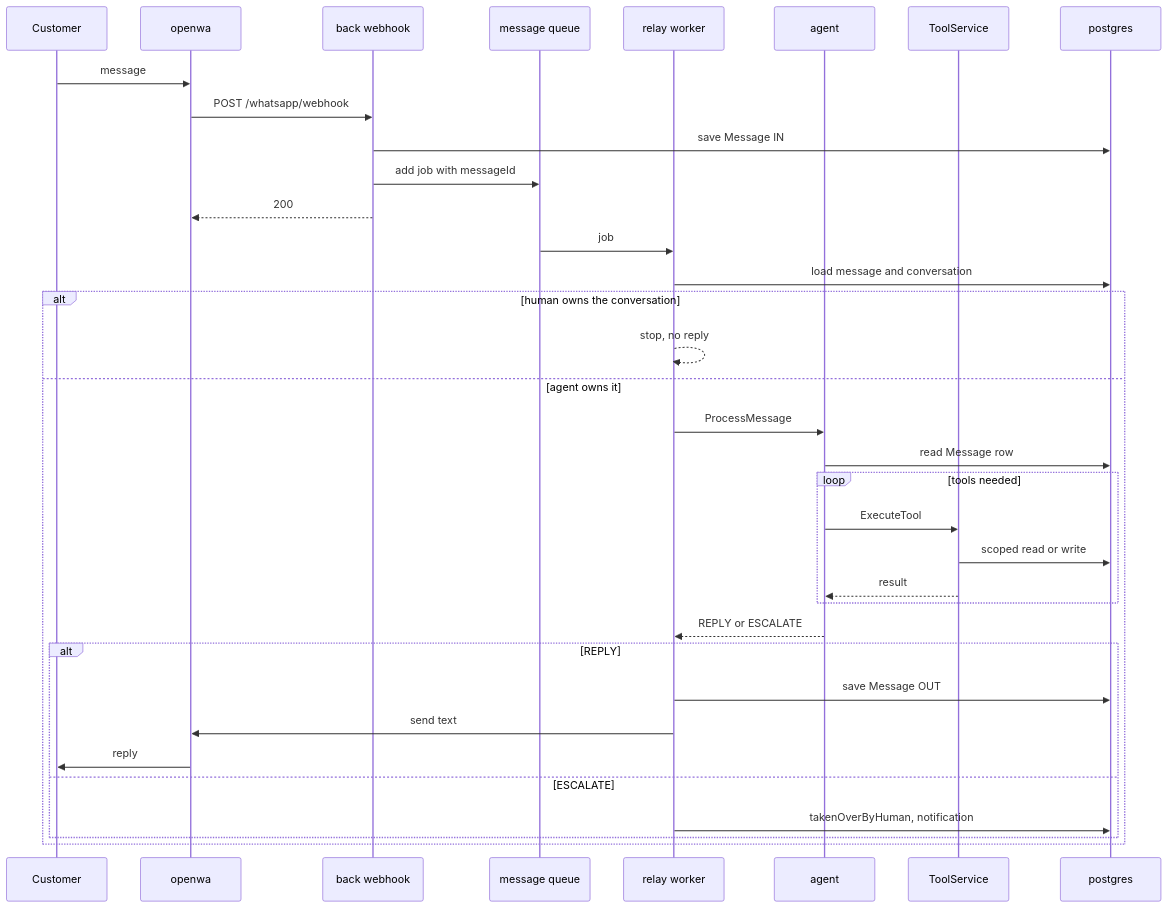
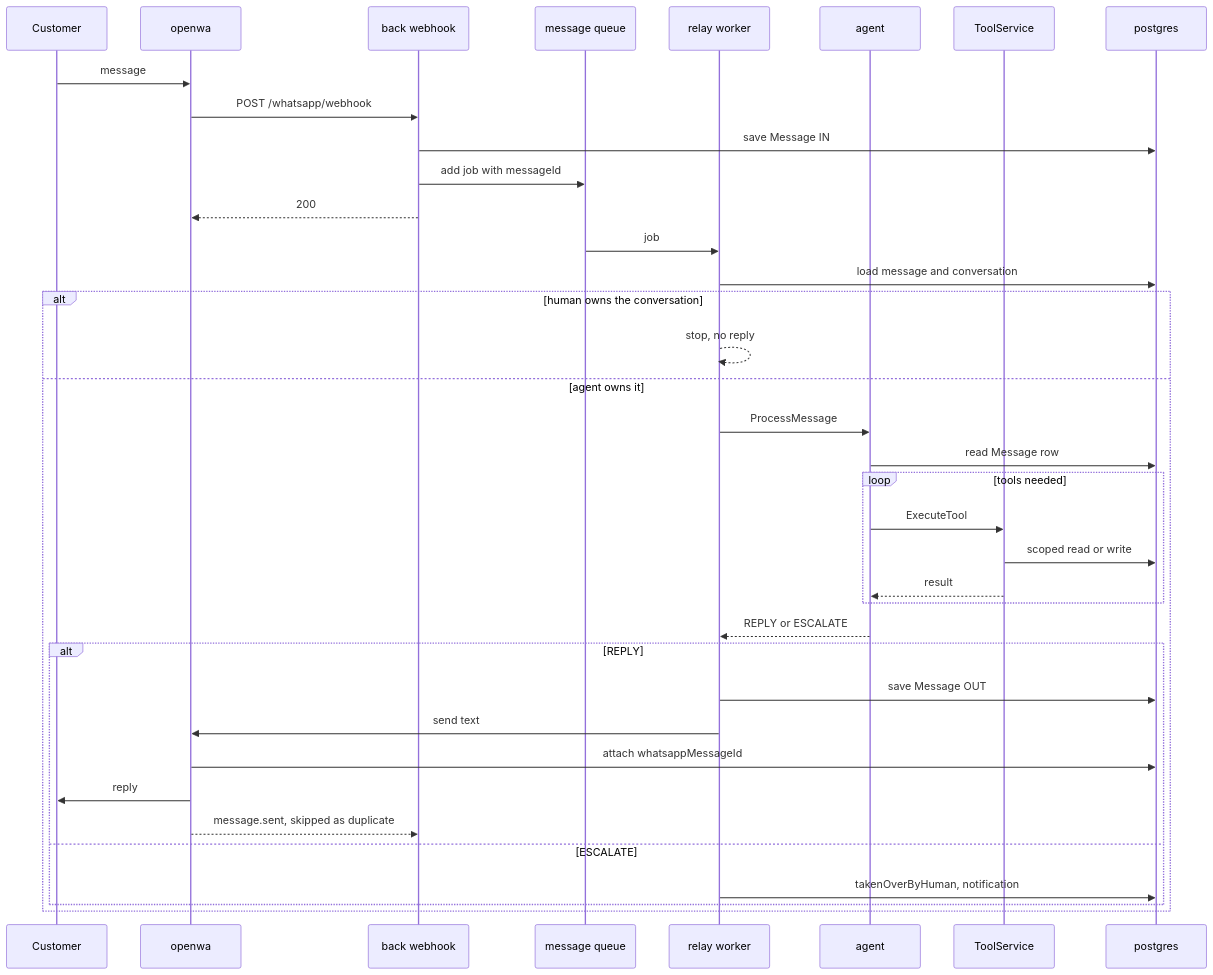
Before and after one commit to LebgaaAbderrahmane/ecomAssistant: the fifth of 6 diagrams in docs/architecture.md, drawn with Mermaid. The commit also changed other lines of this file and 37 other files, not shown here.

````diff
--- a/docs/architecture.md
+++ b/docs/architecture.md
@@ -500,38 +515,40 @@
 ```mermaid
 sequenceDiagram
     participant C as Customer
     participant O as openwa
     participant B as back webhook
     participant Q as message queue
     participant W as relay worker
     participant A as agent
     participant T as ToolService
     participant DB as postgres
 
     C->>O: message
     O->>B: POST /whatsapp/webhook
     B->>DB: save Message IN
     B->>Q: add job with messageId
     B-->>O: 200
     Q->>W: job
     W->>DB: load message and conversation
     alt human owns the conversation
         W-->>W: stop, no reply
     else agent owns it
         W->>A: ProcessMessage
         A->>DB: read Message row
         loop tools needed
             A->>T: ExecuteTool
             T->>DB: scoped read or write
             T-->>A: result
         end
         A-->>W: REPLY or ESCALATE
         alt REPLY
             W->>DB: save Message OUT
             W->>O: send text
+            O->>DB: attach whatsappMessageId
             O->>C: reply
+            O-->>B: message.sent, skipped as duplicate
         else ESCALATE
             W->>DB: takenOverByHuman, notification
         end
     end
 ```
````
